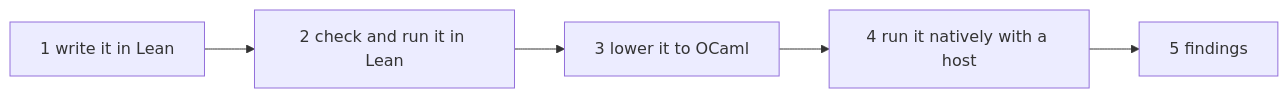
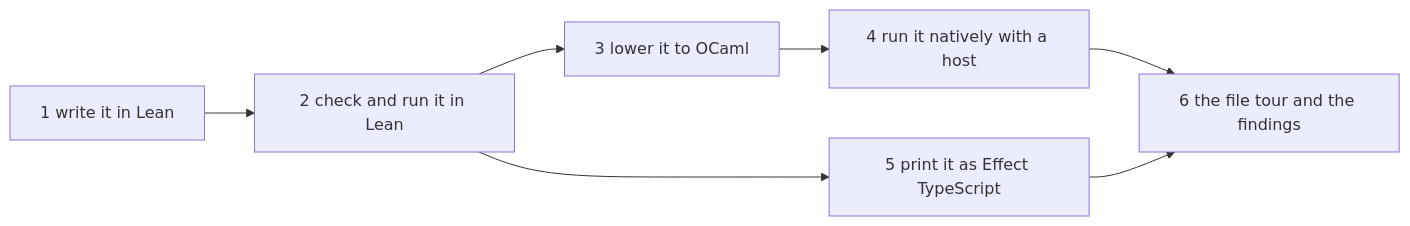
The diagram in docs/research/2026-10-19-todo-as-a-user/plan.md (pure-algebra/lean4-effect4), drawn with Mermaid before and after one commit. The commit also changed other lines of this file and 2 other files, not shown here.

````diff
--- a/docs/research/2026-10-19-todo-as-a-user/plan.md
+++ b/docs/research/2026-10-19-todo-as-a-user/plan.md
@@ -46,7 +46,9 @@
 ```mermaid
 flowchart LR
   A["1 write it in Lean"] --> B["2 check and run it in Lean"]
   B --> C["3 lower it to OCaml"]
   C --> D["4 run it natively with a host"]
-  D --> E["5 findings"]
+  B --> P["5 print it as Effect TypeScript"]
+  D --> E["6 the file tour and the findings"]
+  P --> E
 ```
````
